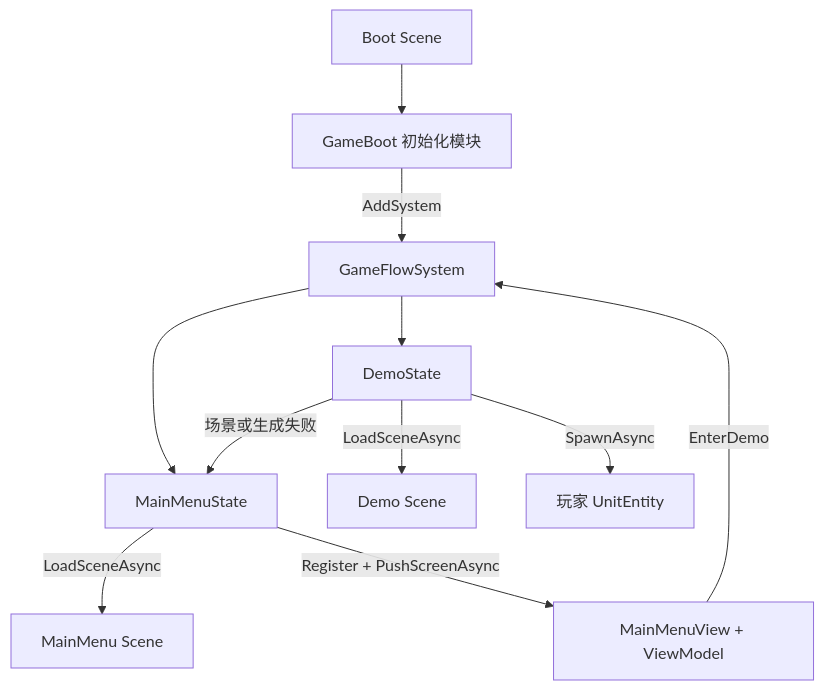
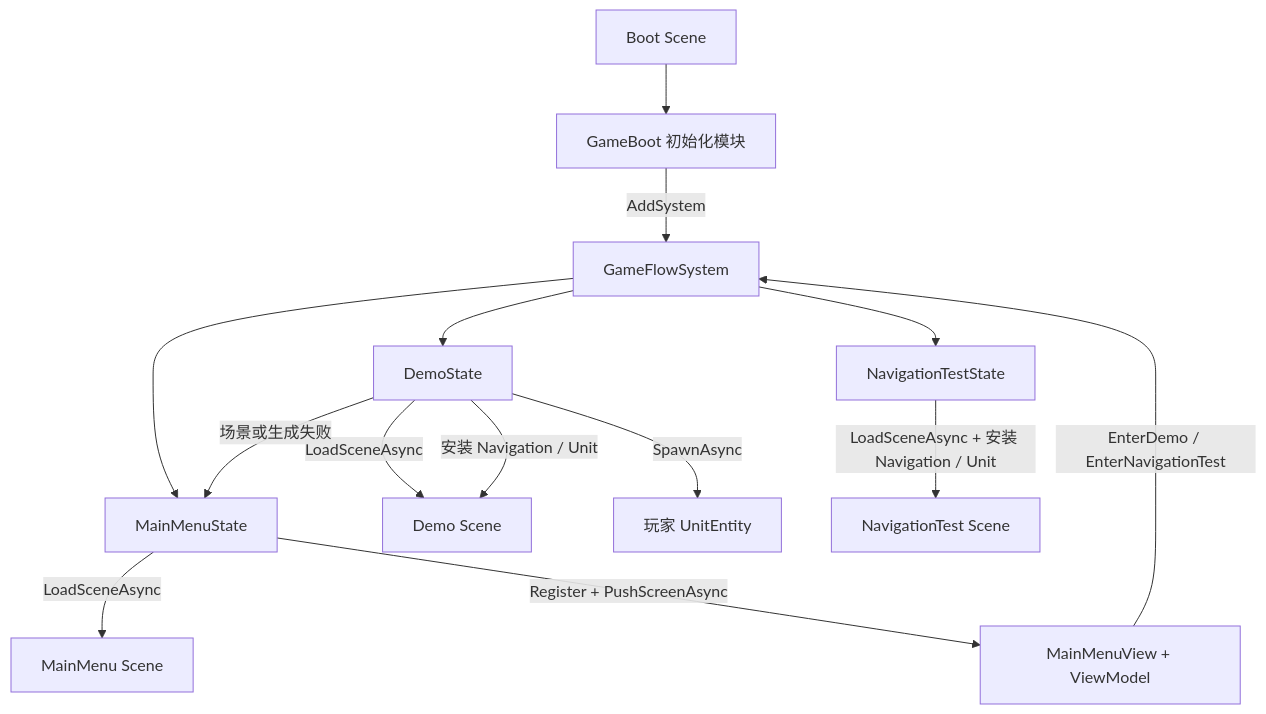
The fifth of 5 diagrams in Assets/Doc/FrameworkNavigation.md (WLDZS/Tiny-Nations), drawn with Mermaid before and after one commit. The commit also changed other lines of this file and 84 other files, not shown here.

````diff
--- a/Assets/Doc/FrameworkNavigation.md
+++ b/Assets/Doc/FrameworkNavigation.md
@@ -355,13 +356,16 @@
 ```mermaid
 flowchart TD
     BootScene["Boot Scene"] --> GameBoot["GameBoot 初始化模块"]
     GameBoot -->|AddSystem| GameFlow["GameFlowSystem"]
     GameFlow --> MainMenuState["MainMenuState"]
     MainMenuState -->|LoadSceneAsync| MainMenuScene["MainMenu Scene"]
     MainMenuState -->|Register + PushScreenAsync| MainMenuUI["MainMenuView + ViewModel"]
-    MainMenuUI -->|EnterDemo| GameFlow
+    MainMenuUI -->|EnterDemo / EnterNavigationTest| GameFlow
     GameFlow --> DemoState["DemoState"]
     DemoState -->|LoadSceneAsync| DemoScene["Demo Scene"]
+    DemoState -->|安装 Navigation / Unit| DemoScene
     DemoState -->|SpawnAsync| Player["玩家 UnitEntity"]
     DemoState -->|场景或生成失败| MainMenuState
+    GameFlow --> NavigationTestState["NavigationTestState"]
+    NavigationTestState -->|LoadSceneAsync + 安装 Navigation / Unit| NavigationTestScene["NavigationTest Scene"]
 ```
````
